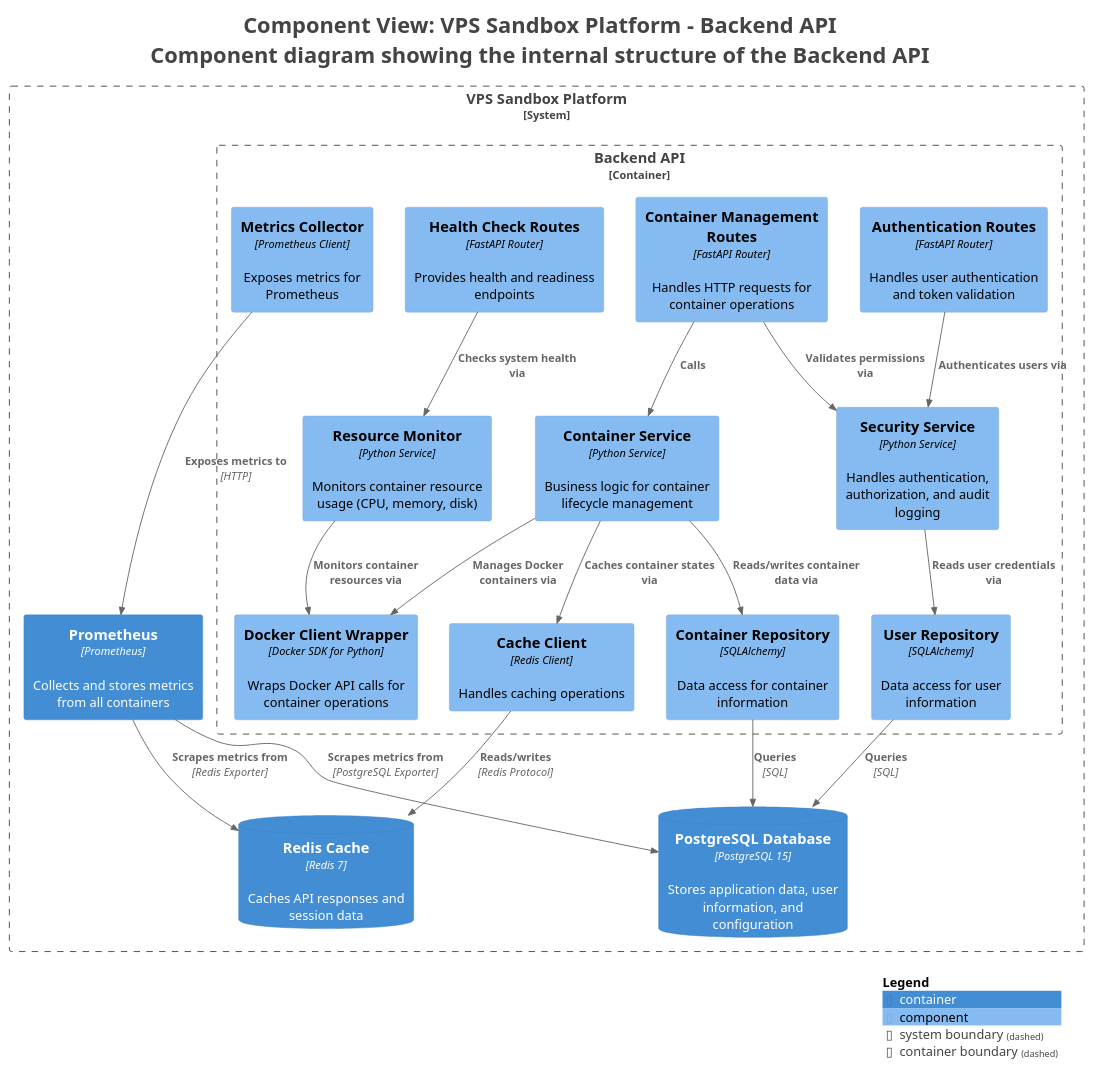
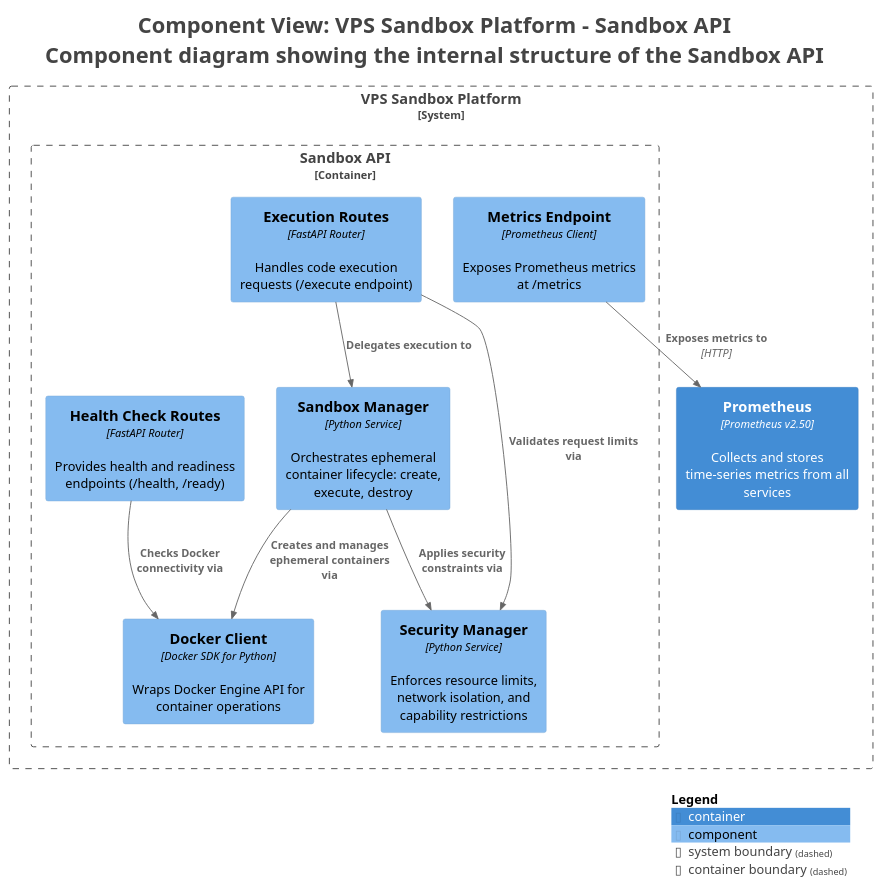
One commit to christosm-dev/portfolio changed the diagram in vps-sandbox-c4-architecture/exports/puml/structurizr-Components.puml. Above: the diagram before and after it, drawn with PlantUML. The commit also changed 21 other files, not shown here.

First line of the commit message:
Rework C4 architecture to match deployed VPS stack

```diff
--- a/vps-sandbox-c4-architecture/exports/puml/structurizr-Components.puml
+++ b/vps-sandbox-c4-architecture/exports/puml/structurizr-Components.puml
@@ -1,57 +1,41 @@
 @startuml
-title <size:24>Component View: VPS Sandbox Platform - Backend API</size>\n<size:24>Component diagram showing the internal structure of the Backend API</size>
+title <size:24>Component View: VPS Sandbox Platform - Sandbox API</size>\n<size:24>Component diagram showing the internal structure of the Sandbox API</size>
 
 set separator none
 top to bottom direction
 
 <style>
   root {
     BackgroundColor: #ffffff
     FontColor: #444444
   }
 </style>
 
 !include <C4/C4>
 !include <C4/C4_Context>
 !include <C4/C4_Container>
 !include <C4/C4_Component>
 
 System_Boundary("VPSSandboxPlatform_boundary", "VPS Sandbox Platform", $tags="") {
-  Container_Boundary("VPSSandboxPlatform.BackendAPI_boundary", "Backend API", $tags="") {
-    Component(VPSSandboxPlatform.BackendAPI.ContainerManagementRoutes, "Container Management Routes", $techn="FastAPI Router", $descr="Handles HTTP requests for container operations", $tags="", $link="")
-    Component(VPSSandboxPlatform.BackendAPI.AuthenticationRoutes, "Authentication Routes", $techn="FastAPI Router", $descr="Handles user authentication and token validation", $tags="", $link="")
-    Component(VPSSandboxPlatform.BackendAPI.HealthCheckRoutes, "Health Check Routes", $techn="FastAPI Router", $descr="Provides health and readiness endpoints", $tags="", $link="")
-    Component(VPSSandboxPlatform.BackendAPI.ContainerService, "Container Service", $techn="Python Service", $descr="Business logic for container lifecycle management", $tags="", $link="")
-    Component(VPSSandboxPlatform.BackendAPI.ResourceMonitor, "Resource Monitor", $techn="Python Service", $descr="Monitors container resource usage (CPU, memory, disk)", $tags="", $link="")
-    Component(VPSSandboxPlatform.BackendAPI.SecurityService, "Security Service", $techn="Python Service", $descr="Handles authentication, authorization, and audit logging", $tags="", $link="")
-    Component(VPSSandboxPlatform.BackendAPI.ContainerRepository, "Container Repository", $techn="SQLAlchemy", $descr="Data access for container information", $tags="", $link="")
-    Component(VPSSandboxPlatform.BackendAPI.UserRepository, "User Repository", $techn="SQLAlchemy", $descr="Data access for user information", $tags="", $link="")
-    Component(VPSSandboxPlatform.BackendAPI.DockerClientWrapper, "Docker Client Wrapper", $techn="Docker SDK for Python", $descr="Wraps Docker API calls for container operations", $tags="", $link="")
-    Component(VPSSandboxPlatform.BackendAPI.CacheClient, "Cache Client", $techn="Redis Client", $descr="Handles caching operations", $tags="", $link="")
-    Component(VPSSandboxPlatform.BackendAPI.MetricsCollector, "Metrics Collector", $techn="Prometheus Client", $descr="Exposes metrics for Prometheus", $tags="", $link="")
+  Container_Boundary("VPSSandboxPlatform.SandboxAPI_boundary", "Sandbox API", $tags="") {
+    Component(VPSSandboxPlatform.SandboxAPI.ExecutionRoutes, "Execution Routes", $techn="FastAPI Router", $descr="Handles code execution requests (/execute endpoint)", $tags="", $link="")
+    Component(VPSSandboxPlatform.SandboxAPI.HealthCheckRoutes, "Health Check Routes", $techn="FastAPI Router", $descr="Provides health and readiness endpoints (/health, /ready)", $tags="", $link="")
+    Component(VPSSandboxPlatform.SandboxAPI.MetricsEndpoint, "Metrics Endpoint", $techn="Prometheus Client", $descr="Exposes Prometheus metrics at /metrics", $tags="", $link="")
+    Component(VPSSandboxPlatform.SandboxAPI.SandboxManager, "Sandbox Manager", $techn="Python Service", $descr="Orchestrates ephemeral container lifecycle: create, execute, destroy", $tags="", $link="")
+    Component(VPSSandboxPlatform.SandboxAPI.SecurityManager, "Security Manager", $techn="Python Service", $descr="Enforces resource limits, network isolation, and capability restrictions", $tags="", $link="")
+    Component(VPSSandboxPlatform.SandboxAPI.DockerClient, "Docker Client", $techn="Docker SDK for Python", $descr="Wraps Docker Engine API for container operations", $tags="", $link="")
   }
 
-  ContainerDb(VPSSandboxPlatform.PostgreSQLDatabase, "PostgreSQL Database", $techn="PostgreSQL 15", $descr="Stores application data, user information, and configuration", $tags="", $link="")
-  ContainerDb(VPSSandboxPlatform.RedisCache, "Redis Cache", $techn="Redis 7", $descr="Caches API responses and session data", $tags="", $link="")
-  Container(VPSSandboxPlatform.Prometheus, "Prometheus", $techn="Prometheus", $descr="Collects and stores metrics from all containers", $tags="", $link="")
+  Container(VPSSandboxPlatform.Prometheus, "Prometheus", $techn="Prometheus v2.50", $descr="Collects and stores time-series metrics from all services", $tags="", $link="")
 }
 
-Rel(VPSSandboxPlatform.Prometheus, VPSSandboxPlatform.PostgreSQLDatabase, "Scrapes metrics from", $techn="PostgreSQL Exporter", $tags="", $link="")
-Rel(VPSSandboxPlatform.Prometheus, VPSSandboxPlatform.RedisCache, "Scrapes metrics from", $techn="Redis Exporter", $tags="", $link="")
-Rel(VPSSandboxPlatform.BackendAPI.ContainerManagementRoutes, VPSSandboxPlatform.BackendAPI.ContainerService, "Calls", $techn="", $tags="", $link="")
-Rel(VPSSandboxPlatform.BackendAPI.ContainerManagementRoutes, VPSSandboxPlatform.BackendAPI.SecurityService, "Validates permissions via", $techn="", $tags="", $link="")
-Rel(VPSSandboxPlatform.BackendAPI.AuthenticationRoutes, VPSSandboxPlatform.BackendAPI.SecurityService, "Authenticates users via", $techn="", $tags="", $link="")
-Rel(VPSSandboxPlatform.BackendAPI.HealthCheckRoutes, VPSSandboxPlatform.BackendAPI.ResourceMonitor, "Checks system health via", $techn="", $tags="", $link="")
-Rel(VPSSandboxPlatform.BackendAPI.ContainerService, VPSSandboxPlatform.BackendAPI.ContainerRepository, "Reads/writes container data via", $techn="", $tags="", $link="")
-Rel(VPSSandboxPlatform.BackendAPI.ContainerService, VPSSandboxPlatform.BackendAPI.DockerClientWrapper, "Manages Docker containers via", $techn="", $tags="", $link="")
-Rel(VPSSandboxPlatform.BackendAPI.ContainerService, VPSSandboxPlatform.BackendAPI.CacheClient, "Caches container states via", $techn="", $tags="", $link="")
-Rel(VPSSandboxPlatform.BackendAPI.SecurityService, VPSSandboxPlatform.BackendAPI.UserRepository, "Reads user credentials via", $techn="", $tags="", $link="")
-Rel(VPSSandboxPlatform.BackendAPI.ResourceMonitor, VPSSandboxPlatform.BackendAPI.DockerClientWrapper, "Monitors container resources via", $techn="", $tags="", $link="")
-Rel(VPSSandboxPlatform.BackendAPI.ContainerRepository, VPSSandboxPlatform.PostgreSQLDatabase, "Queries", $techn="SQL", $tags="", $link="")
-Rel(VPSSandboxPlatform.BackendAPI.UserRepository, VPSSandboxPlatform.PostgreSQLDatabase, "Queries", $techn="SQL", $tags="", $link="")
-Rel(VPSSandboxPlatform.BackendAPI.CacheClient, VPSSandboxPlatform.RedisCache, "Reads/writes", $techn="Redis Protocol", $tags="", $link="")
-Rel(VPSSandboxPlatform.BackendAPI.MetricsCollector, VPSSandboxPlatform.Prometheus, "Exposes metrics to", $techn="HTTP", $tags="", $link="")
+Rel(VPSSandboxPlatform.SandboxAPI.ExecutionRoutes, VPSSandboxPlatform.SandboxAPI.SandboxManager, "Delegates execution to", $techn="", $tags="", $link="")
+Rel(VPSSandboxPlatform.SandboxAPI.ExecutionRoutes, VPSSandboxPlatform.SandboxAPI.SecurityManager, "Validates request limits via", $techn="", $tags="", $link="")
+Rel(VPSSandboxPlatform.SandboxAPI.HealthCheckRoutes, VPSSandboxPlatform.SandboxAPI.DockerClient, "Checks Docker connectivity via", $techn="", $tags="", $link="")
+Rel(VPSSandboxPlatform.SandboxAPI.SandboxManager, VPSSandboxPlatform.SandboxAPI.SecurityManager, "Applies security constraints via", $techn="", $tags="", $link="")
+Rel(VPSSandboxPlatform.SandboxAPI.SandboxManager, VPSSandboxPlatform.SandboxAPI.DockerClient, "Creates and manages ephemeral containers via", $techn="", $tags="", $link="")
+Rel(VPSSandboxPlatform.SandboxAPI.MetricsEndpoint, VPSSandboxPlatform.Prometheus, "Exposes metrics to", $techn="HTTP", $tags="", $link="")
 
 SHOW_LEGEND(true)
 hide stereotypes
 @enduml
```
